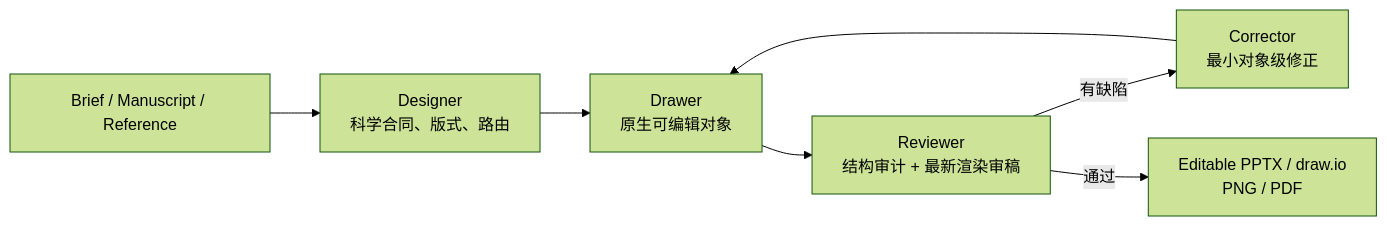
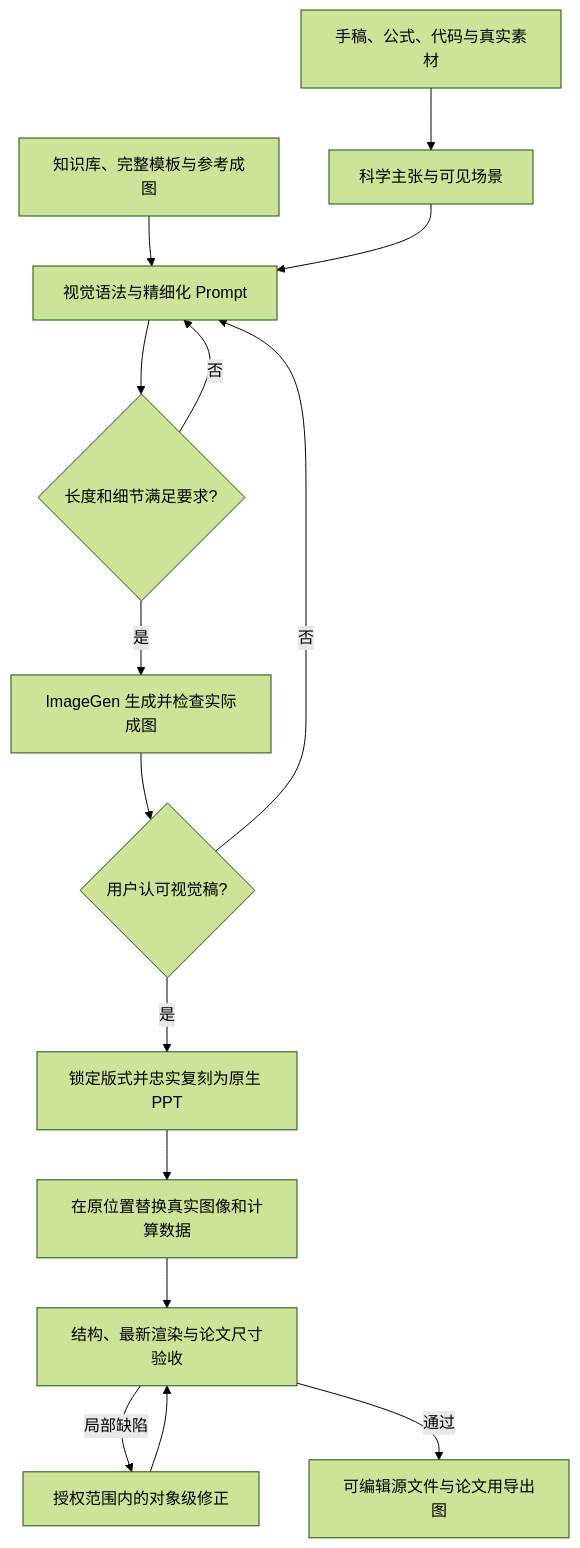
The diagram in README.md (exsinger-hub/Sivia), drawn with Mermaid (forest theme) before and after one commit. The commit also changed other lines of this file and 25 other files, not shown here.

First line of the commit message:
feat: standardize imagegen-first scientific figure workflow

````diff
--- a/README.md
+++ b/README.md
@@ -29,9 +42,17 @@
 ```mermaid
-flowchart LR
-    A[Brief / Manuscript / Reference] --> B[Designer<br/>科学合同、版式、路由]
-    B --> C[Drawer<br/>原生可编辑对象]
-    C --> D[Reviewer<br/>结构审计 + 最新渲染审稿]
-    D -->|有缺陷| E[Corrector<br/>最小对象级修正]
-    E --> C
-    D -->|通过| F[Editable PPTX / draw.io<br/>PNG / PDF]
+flowchart TD
+    A[手稿、公式、代码与真实素材] --> B[科学主张与可见场景]
+    K[知识库、完整模板与参考成图] --> C[视觉语法与精细化 Prompt]
+    B --> C
+    C --> D{长度和细节满足要求?}
+    D -->|否| C
+    D -->|是| E[ImageGen 生成并检查实际成图]
+    E --> F{用户认可视觉稿?}
+    F -->|否| C
+    F -->|是| G[锁定版式并忠实复刻为原生 PPT]
+    G --> H[在原位置替换真实图像和计算数据]
+    H --> I[结构、最新渲染与论文尺寸验收]
+    I -->|局部缺陷| J[授权范围内的对象级修正]
+    J --> I
+    I -->|通过| L[可编辑源文件与论文用导出图]
 ```
````
